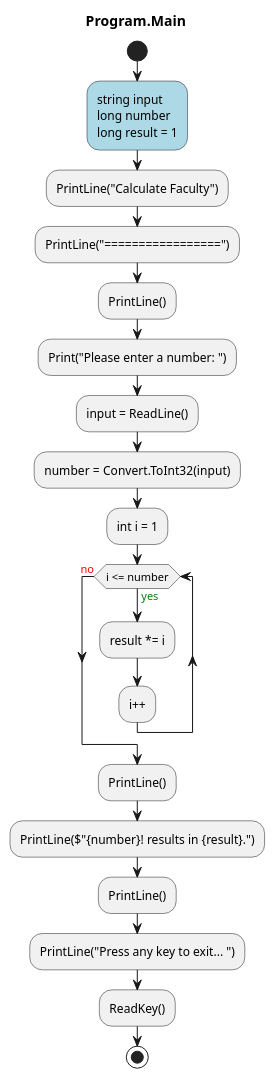
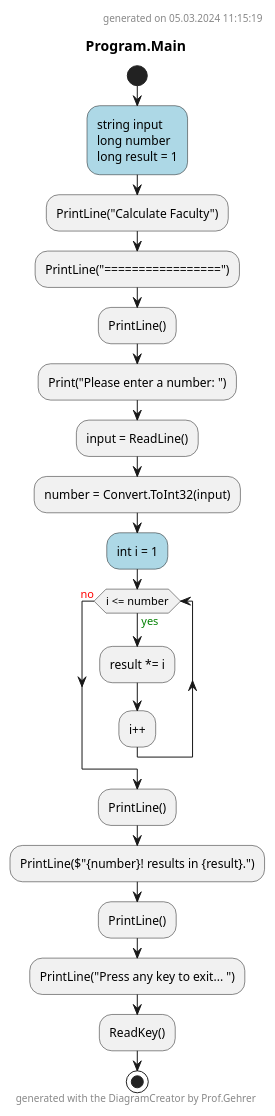
One commit to leoggehrer/2324-34_ABIF_ACIF_POSE changed the diagram in Faculty.ConApp/Diagrams/ac_Program_Main.puml. Above: the diagram before and after it, drawn with PlantUML. The commit also changed 147 other files, not shown here.

Commit message:
Added diagrams.

```diff
--- a/Faculty.ConApp/Diagrams/ac_Program_Main.puml
+++ b/Faculty.ConApp/Diagrams/ac_Program_Main.puml
@@ -1,24 +1,30 @@
 @startuml Program.Main
+header
+generated on 05.03.2024 11:15:19
+end header
 title Program.Main
 start
 #LightBlue:string input
 long number
 long result = 1;
 :PrintLine("Calculate Faculty");
 :PrintLine("=================");
 :PrintLine();
 :Print("Please enter a number: ");
 :input = ReadLine();
 :number = Convert.ToInt32(input);
-:int i = 1;
+#LightBlue:int i = 1;
 while (i <= number) is (<color:green>yes)
     :result *= i;
 :i++;
 endwhile (<color:red>no)
 :PrintLine();
 :PrintLine($"{number}! results in {result}.");
 :PrintLine();
 :PrintLine("Press any key to exit... ");
 :ReadKey();
+footer
+generated with the DiagramCreator by Prof.Gehrer
+end footer
 stop
 @enduml
```
